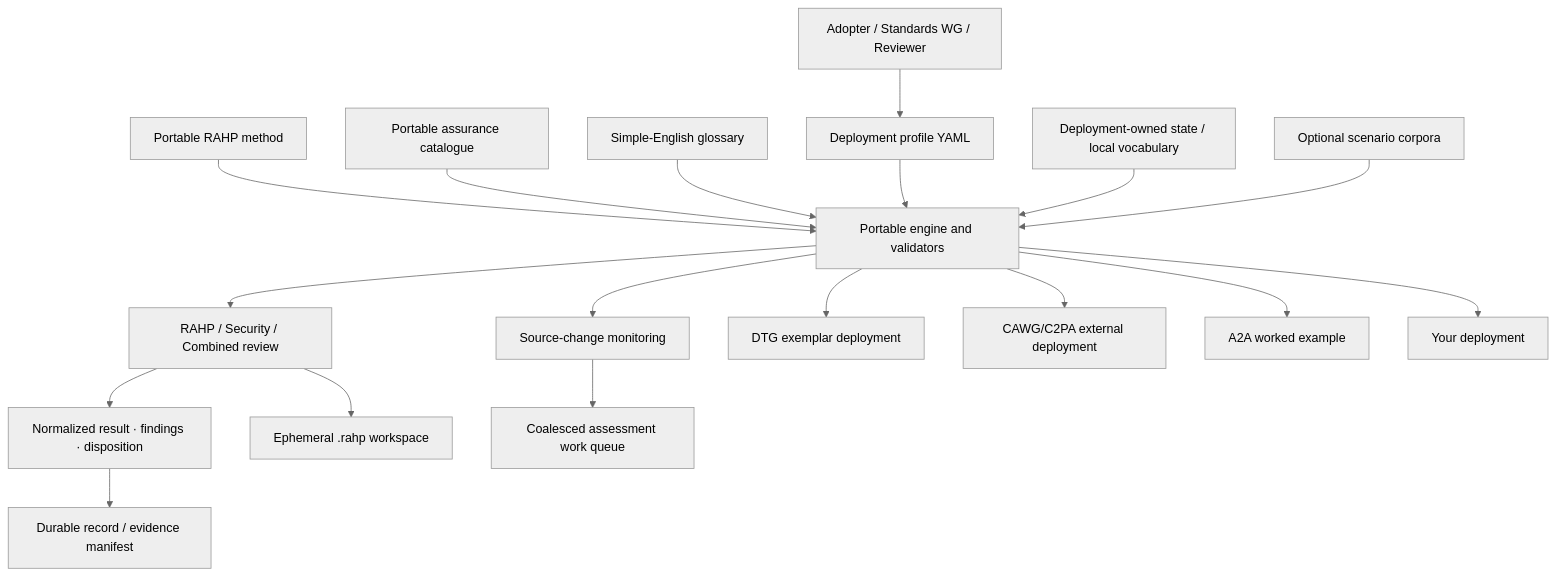
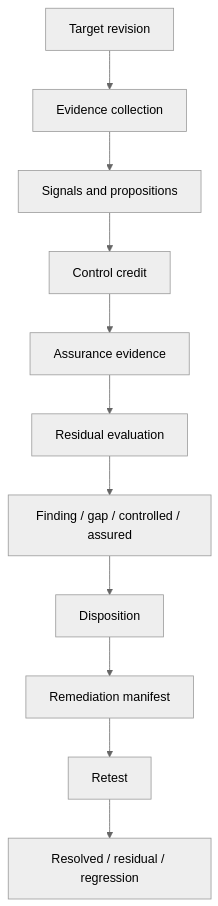
One commit to sankarshanmukhopadhyay/dtgwg-rahp-tf changed the diagram in README.md. Above: the diagram before and after it, drawn with Mermaid (neutral theme). The commit also changed other lines of this file, not shown here.

````diff
--- a/README.md
+++ b/README.md
@@ -102,21 +117,13 @@
 ```mermaid
 flowchart TB
-  A[Adopter / Standards WG / Reviewer] --> P[Deployment profile YAML]
-  M[Portable RAHP method] --> E[Portable engine and validators]
-  K[Portable assurance catalogue] --> E
-  G[Simple-English glossary] --> E
-  P --> E
-  I[Deployment-owned state / local vocabulary] --> E
-  C[Optional scenario corpora] --> E
-  E --> R[RAHP / Security / Combined review]
-  R --> O[Normalized result · findings · disposition]
-  O --> X[Durable record / evidence manifest]
-  R --> T[Ephemeral .rahp workspace]
-  E --> W[Source-change monitoring]
-  W --> Q[Coalesced assessment work queue]
-
-  E --> D1[DTG exemplar deployment]
-  E --> D2[CAWG/C2PA external deployment]
-  E --> D3[A2A worked example]
-  E --> D4[Your deployment]
+  A[Target revision] --> B[Evidence collection]
+  B --> C[Signals and propositions]
+  C --> D[Control credit]
+  D --> E[Assurance evidence]
+  E --> F[Residual evaluation]
+  F --> G[Finding / gap / controlled / assured]
+  G --> H[Disposition]
+  H --> I[Remediation manifest]
+  I --> J[Retest]
+  J --> K[Resolved / residual / regression]
 ```
````
